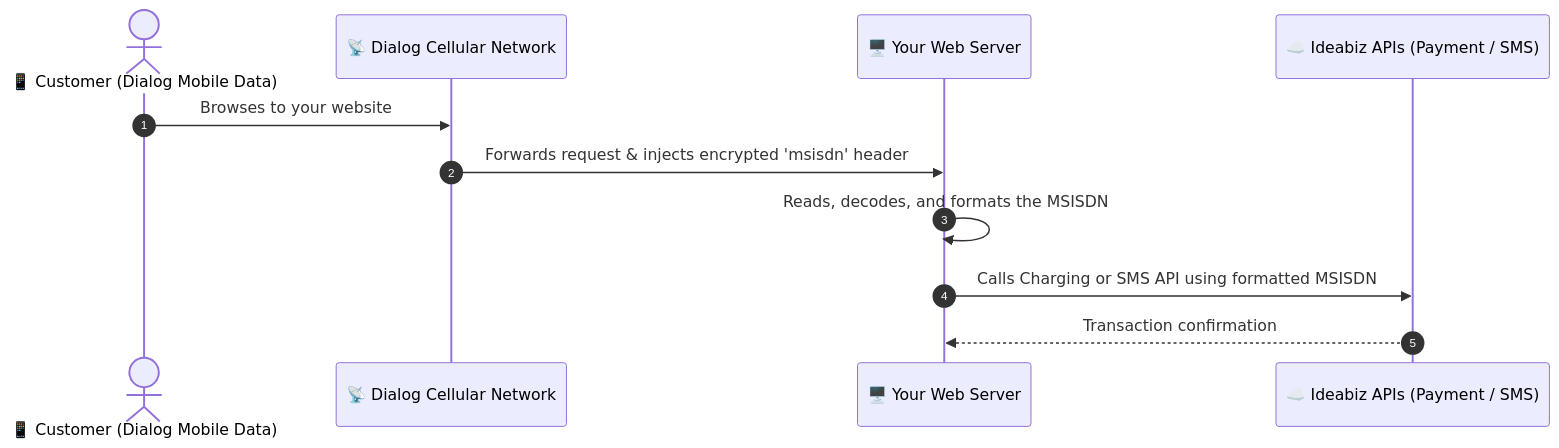
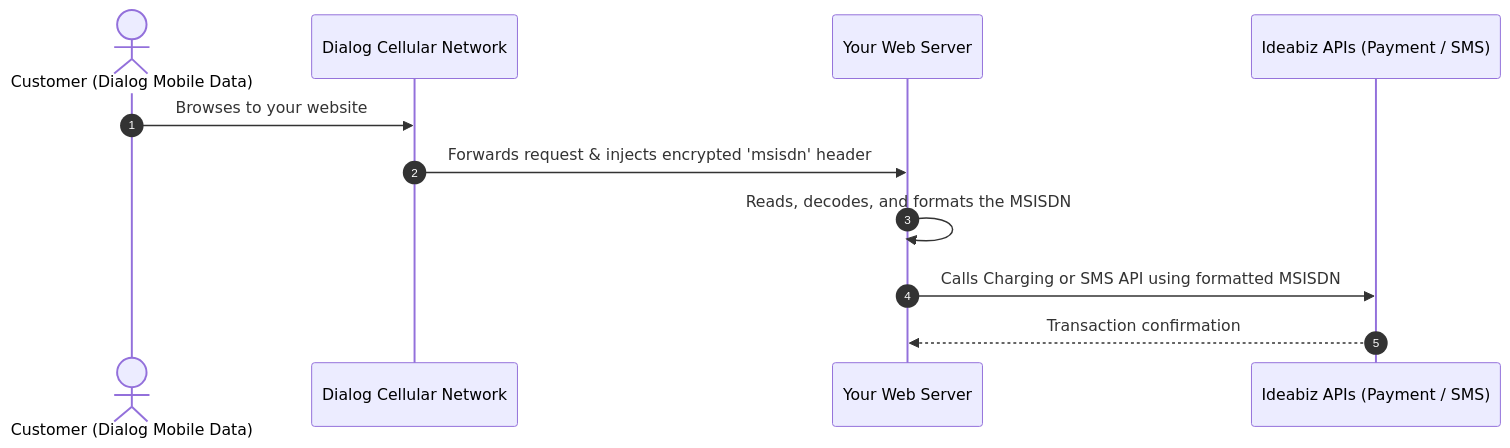
Before and after one commit to ideabizmart/Docs-Ideabiz-v2: the diagram in docs/APIs/Main/Header_Enrichment.md, drawn with Mermaid. The commit also changed 8 other files, not shown here.

````diff
--- a/docs/APIs/Main/Header_Enrichment.md
+++ b/docs/APIs/Main/Header_Enrichment.md
@@ -11,14 +11,14 @@
 ```mermaid
 sequenceDiagram
     autonumber
-    actor User as 📱 Customer (Dialog Mobile Data)
-    participant Dialog as 📡 Dialog Cellular Network
-    participant Server as 🖥️ Your Web Server
-    participant Ideabiz as ☁️ Ideabiz APIs (Payment / SMS)
+    actor User as Customer (Dialog Mobile Data)
+    participant Dialog as Dialog Cellular Network
+    participant Server as Your Web Server
+    participant Ideabiz as Ideabiz APIs (Payment / SMS)
 
     User->>Dialog: Browses to your website
     Dialog->>Server: Forwards request & injects encrypted 'msisdn' header
     Server->>Server: Reads, decodes, and formats the MSISDN
     Server->>Ideabiz: Calls Charging or SMS API using formatted MSISDN
     Ideabiz-->>Server: Transaction confirmation
 ```
````
